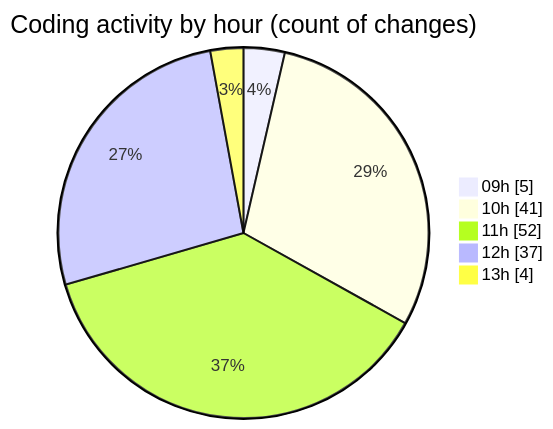
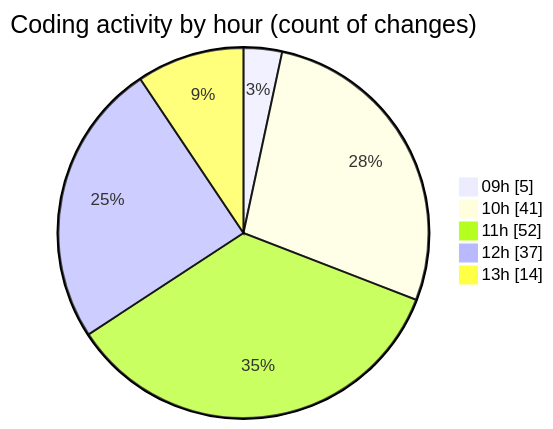
One commit to momahboobian/code-tracking changed the second of 2 diagrams in 2026-04-27/cda/README.md. Above: the diagram before and after it, drawn with Mermaid. The commit also changed other lines of this file and 1 other file, not shown here.

````diff
--- a/2026-04-27/cda/README.md
+++ b/2026-04-27/cda/README.md
@@ -53,9 +54,9 @@
 ```mermaid
 pie showData
 title Coding activity by hour (count of changes)
 "09h" : 5
 "10h" : 41
 "11h" : 52
 "12h" : 37
-"13h" : 4
+"13h" : 14
 ```
````
